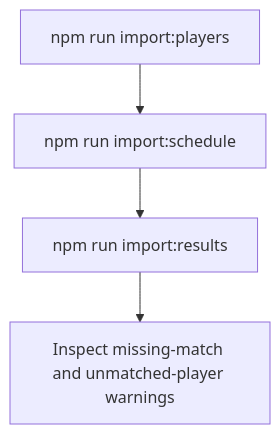
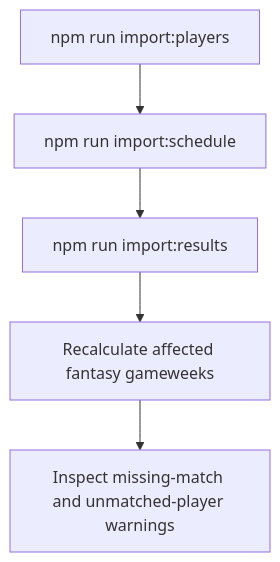
One commit to BE4M3R/fantasy-pingisligan changed the diagram in docs/data-imports.md. Above: the diagram before and after it, drawn with Mermaid. The commit also changed other lines of this file and 10 other files, not shown here.

````diff
--- a/docs/data-imports.md
+++ b/docs/data-imports.md
@@ -17,6 +18,7 @@
 ```mermaid
 flowchart TD
     A[npm run import:players] --> B[npm run import:schedule]
     B --> C[npm run import:results]
-    C --> D[Inspect missing-match and unmatched-player warnings]
+    C --> D[Recalculate affected fantasy gameweeks]
+    D --> E[Inspect missing-match and unmatched-player warnings]
 ```
````
